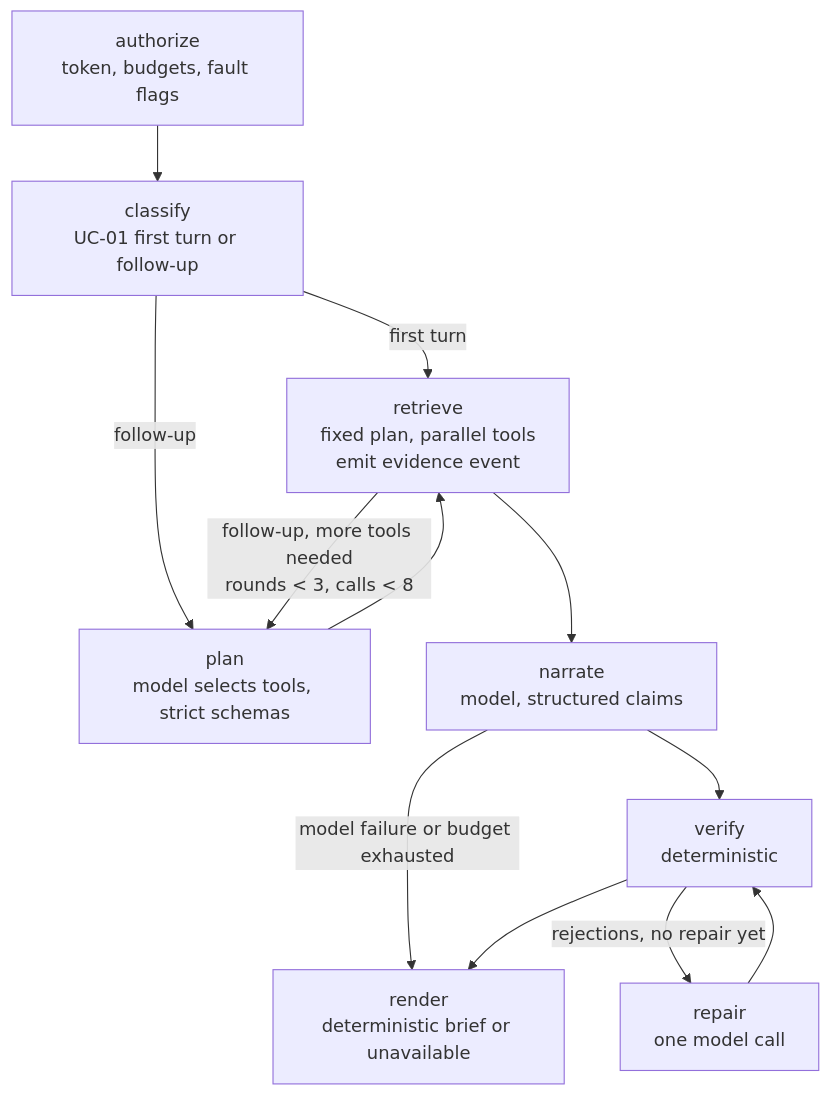
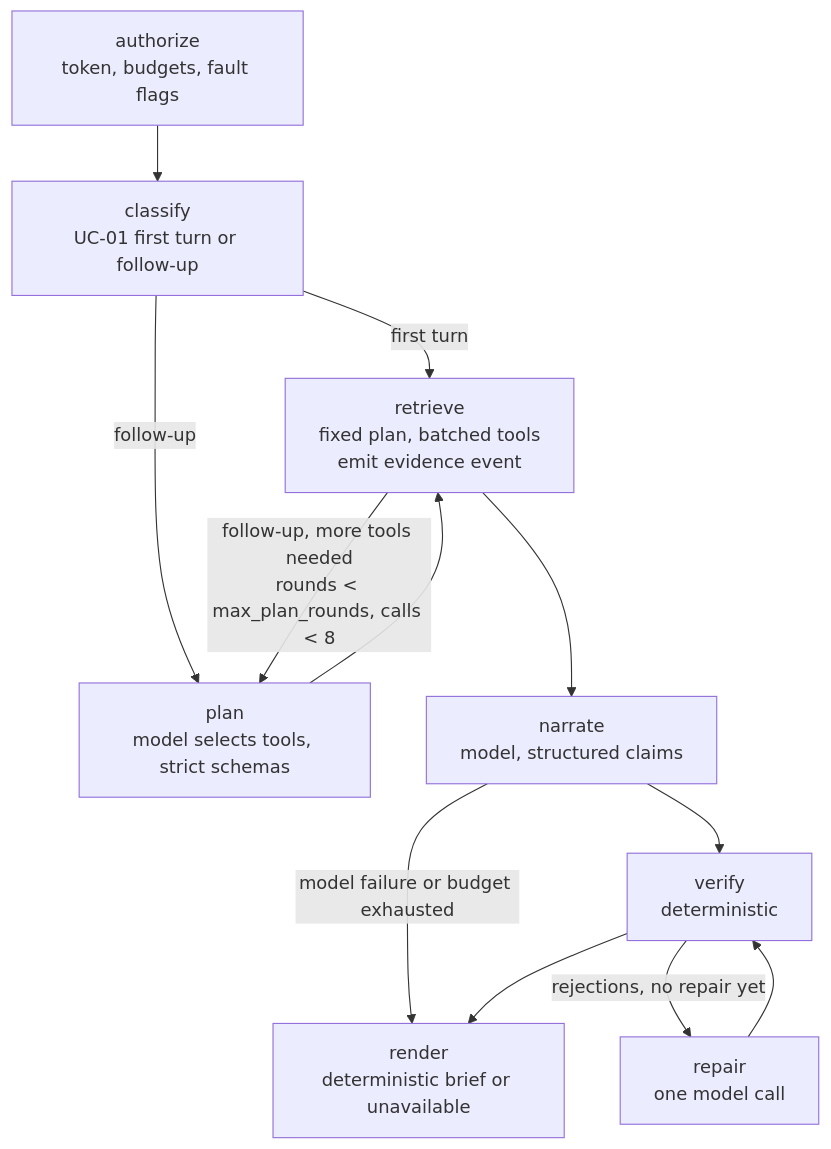
One commit to hdxsfbr/openemr-base-clean changed the third of 3 diagrams in ARCHITECTURE.md. Above: the diagram before and after it, drawn with Mermaid. The commit also changed other lines of this file and 29 other files, not shown here.

````diff
--- a/ARCHITECTURE.md
+++ b/ARCHITECTURE.md
@@ -332,14 +378,14 @@
 ```mermaid
 flowchart TD
   A[authorize<br/>token, budgets, fault flags] --> C[classify<br/>UC-01 first turn or follow-up]
-  C -->|first turn| R[retrieve<br/>fixed plan, parallel tools<br/>emit evidence event]
+  C -->|first turn| R[retrieve<br/>fixed plan, batched tools<br/>emit evidence event]
   C -->|follow-up| P[plan<br/>model selects tools, strict schemas]
   P --> R
-  R -->|follow-up, more tools needed<br/>rounds < 3, calls < 8| P
+  R -->|follow-up, more tools needed<br/>rounds < max_plan_rounds, calls < 8| P
   R --> N[narrate<br/>model, structured claims]
   N -->|model failure or budget exhausted| X[render<br/>deterministic brief or unavailable]
   N --> V[verify<br/>deterministic]
   V -->|rejections, no repair yet| Q[repair<br/>one model call]
   Q --> V
   V --> X
 ```
````
